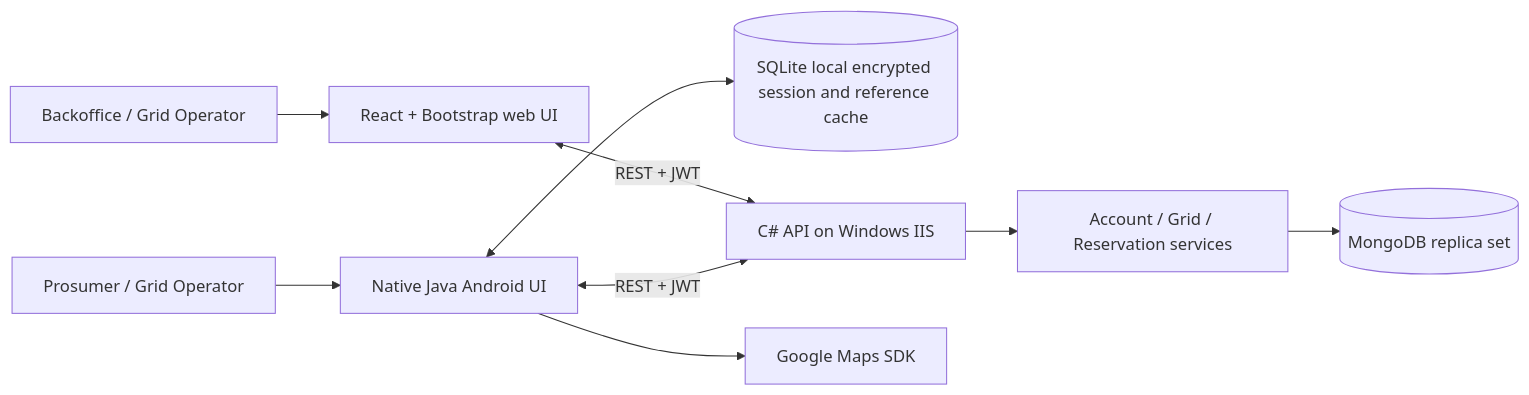
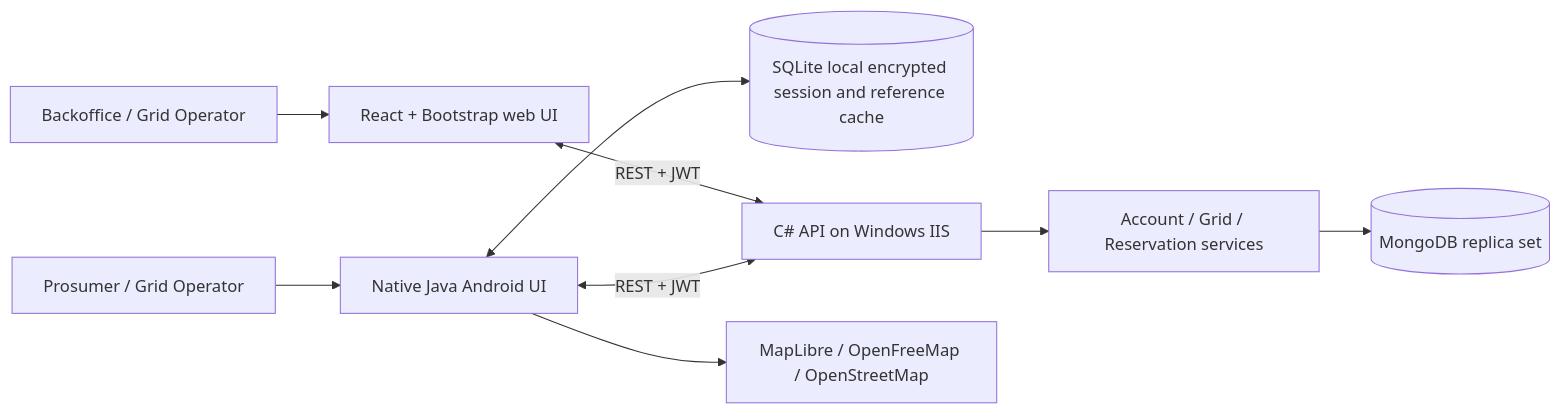
The first of 4 diagrams in docs/design.md (EADSE4040/EAD---SE4040), drawn with Mermaid before and after one commit. The commit also changed 15 other files, not shown here.

Commit message:
feat: Migrate from Google Maps to MapLibre with OpenStreetMap integration and update related documentation

````diff
--- a/docs/design.md
+++ b/docs/design.md
@@ -5,11 +5,11 @@
 ```mermaid
 flowchart LR
     Staff[Backoffice / Grid Operator] --> Web[React + Bootstrap web UI]
     Prosumer[Prosumer / Grid Operator] --> Android[Native Java Android UI]
     Android <--> SQLite[(SQLite local encrypted session and reference cache)]
     Web <-->|REST + JWT| API[C# API on Windows IIS]
     Android <-->|REST + JWT| API
     API --> Services[Account / Grid / Reservation services]
     Services --> Mongo[(MongoDB replica set)]
-    Android --> Maps[Google Maps SDK]
+    Android --> Maps[MapLibre / OpenFreeMap / OpenStreetMap]
 ```
````
